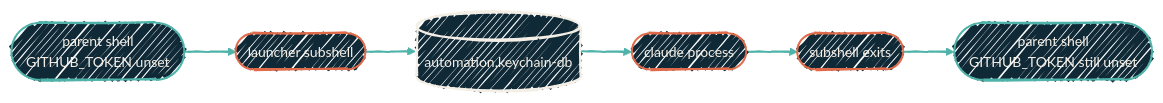
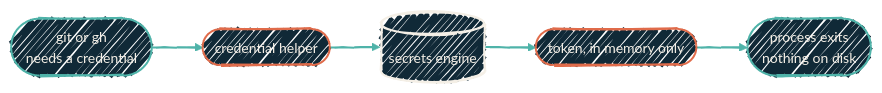
The diagram in security/local-ai-isolation.mdx (dryvist/docs), drawn with Mermaid before and after one commit. The commit also changed other lines of this file and 12 other files, not shown here.

First line of the commit message:
docs(security): replace retired GitHub PAT tiers with the OpenBao model

````diff
--- a/security/local-ai-isolation.mdx
+++ b/security/local-ai-isolation.mdx
@@ -17,23 +17,22 @@
 ```mermaid
 %%{init: {'theme':'base','look':'handDrawn','themeVariables':{'fontFamily':'Geist','fontSize':'14px','primaryColor':'#102937','primaryTextColor':'#F4EFE6','primaryBorderColor':'#4FB3A9','lineColor':'#4FB3A9','secondaryColor':'#0B1D2A','tertiaryColor':'#1A2A38','clusterBkg':'rgba(79,179,169,0.08)','clusterBorder':'#4FB3A9'}}}%%
 flowchart LR
-  P0([parent shell<br/>GITHUB_TOKEN unset])
-  Sub([launcher subshell])
-  Kc[(automation.keychain-db)]
-  Cl([claude process])
-  Done([subshell exits])
-  P1([parent shell<br/>GITHUB_TOKEN still unset])
+  Op([git or gh<br/>needs a credential])
+  Helper([credential helper])
+  Bao[(secrets engine)]
+  Tok([token, in memory only])
+  Gone([process exits<br/>nothing on disk])
 
-  P0 --> Sub --> Kc
-  Kc --> Cl --> Done --> P1
+  Op --> Helper --> Bao
+  Bao --> Tok --> Gone
 
   classDef host fill:#102937,stroke:#4FB3A9,stroke-width:2px,color:#F4EFE6;
   classDef ai   fill:#102937,stroke:#E06B4A,stroke-width:2px,color:#F4EFE6;
   classDef kc   fill:#102937,stroke:#F4EFE6,stroke-width:2px,color:#F4EFE6;
 
-  class P0,P1 host
-  class Sub,Cl,Done ai
-  class Kc kc
+  class Op,Gone host
+  class Helper,Tok ai
+  class Bao kc
 
-  linkStyle 0,1,2,3,4 stroke:#4FB3A9,stroke-width:2px;
+  linkStyle 0,1,2,3 stroke:#4FB3A9,stroke-width:2px;
 ```
````
